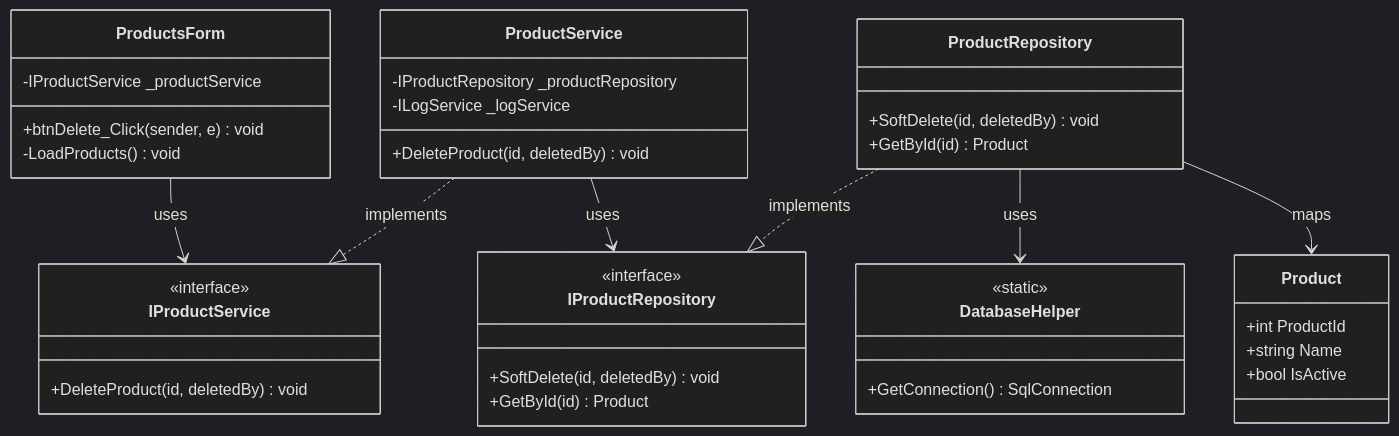
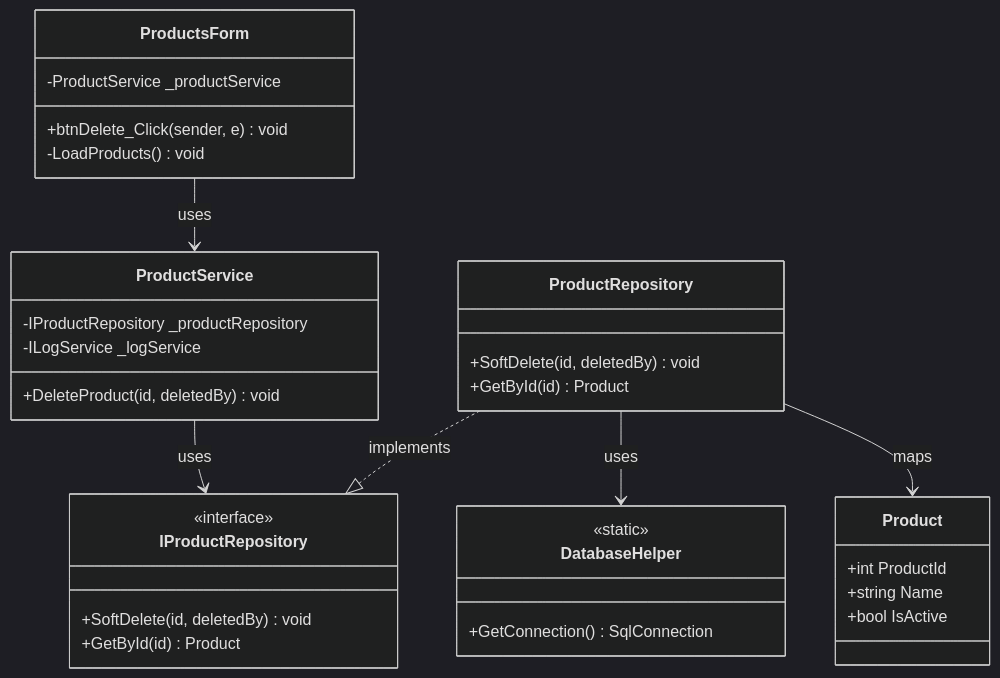
The third of 16 diagrams in Documentation/UML_Diagrams/13_Products_UseCases.md (nahuk86/tp_diploma_nk_2026), drawn with Mermaid (dark theme) before and after one commit. The commit also changed other lines of this file and 5 other files, not shown here.

First line of the commit message:
Fix UML documentation: remove non-existent BLL service interfaces

````diff
--- a/Documentation/UML_Diagrams/13_Products_UseCases.md
+++ b/Documentation/UML_Diagrams/13_Products_UseCases.md
@@ -126,48 +114,43 @@
 ```mermaid
 classDiagram
     class ProductsForm {
-        -IProductService _productService
+        -ProductService _productService
         +btnDelete_Click(sender, e) void
         -LoadProducts() void
     }
 
-    class IProductService {
-        <<interface>>
-        +DeleteProduct(id, deletedBy) void
-    }
 
     class ProductService {
         -IProductRepository _productRepository
         -ILogService _logService
         +DeleteProduct(id, deletedBy) void
     }
 
     class IProductRepository {
         <<interface>>
         +SoftDelete(id, deletedBy) void
         +GetById(id) Product
     }
 
     class ProductRepository {
         +SoftDelete(id, deletedBy) void
         +GetById(id) Product
     }
 
     class DatabaseHelper {
         <<static>>
         +GetConnection() SqlConnection
     }
 
     class Product {
         +int ProductId
         +string Name
         +bool IsActive
     }
 
-    ProductsForm --> IProductService : uses
-    ProductService ..|> IProductService : implements
+    ProductsForm --> ProductService : uses
     ProductService --> IProductRepository : uses
     ProductRepository ..|> IProductRepository : implements
     ProductRepository --> DatabaseHelper : uses
     ProductRepository --> Product : maps
 ```
````
